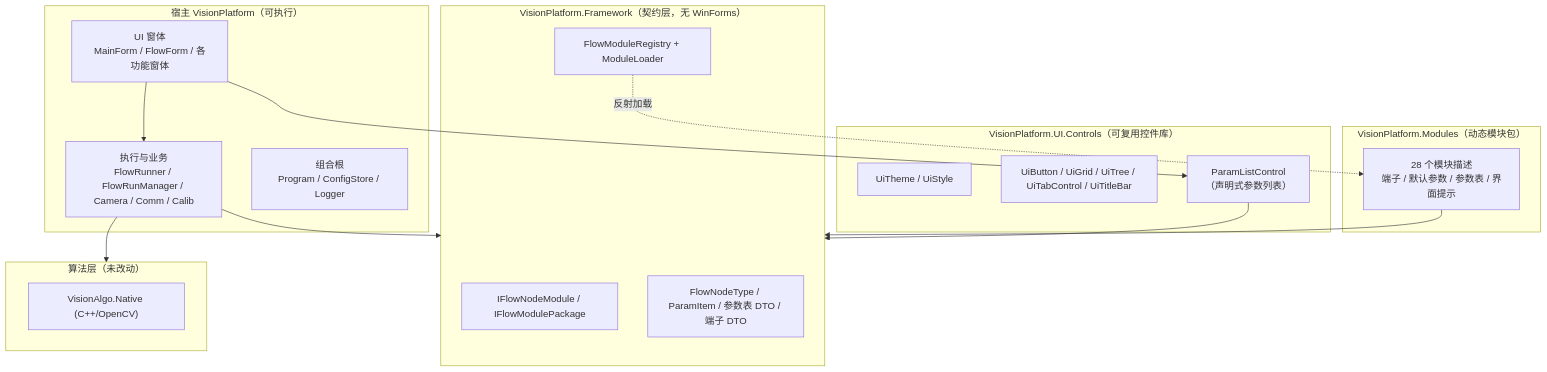
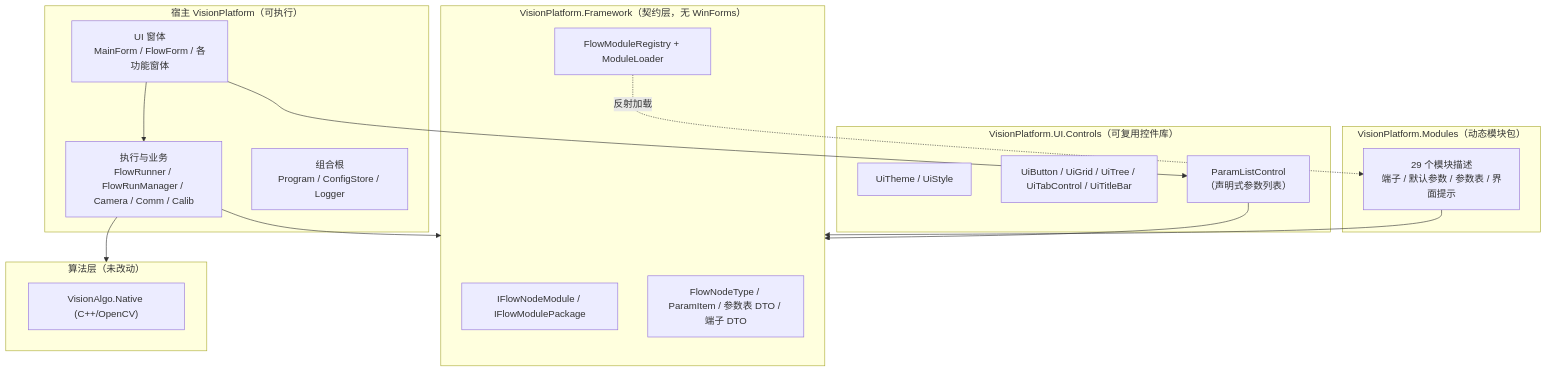
The diagram in docs/架构/VisionPlatform解耦重构.md (Little-Han-Han/VisionSystem), drawn with Mermaid before and after one commit. The commit also changed other lines of this file and 655 other files, not shown here.

````diff
--- a/docs/架构/VisionPlatform解耦重构.md
+++ b/docs/架构/VisionPlatform解耦重构.md
@@ -91,36 +91,36 @@
 ```mermaid
 flowchart TB
     subgraph APP["宿主 VisionPlatform（可执行）"]
         UI["UI 窗体<br/>MainForm / FlowForm / 各功能窗体"]
         ENGINE["执行与业务<br/>FlowRunner / FlowRunManager / Camera / Comm / Calib"]
         HOST["组合根<br/>Program / ConfigStore / Logger"]
     end
 
     subgraph CTRL["VisionPlatform.UI.Controls（可复用控件库）"]
         THEME["UiTheme / UiStyle"]
         PRIM["UiButton / UiGrid / UiTree / UiTabControl / UiTitleBar"]
         PARAM["ParamListControl<br/>（声明式参数列表）"]
     end
 
     subgraph MOD["VisionPlatform.Modules（动态模块包）"]
-        DESC["28 个模块描述<br/>端子 / 默认参数 / 参数表 / 界面提示"]
+        DESC["29 个模块描述<br/>端子 / 默认参数 / 参数表 / 界面提示"]
     end
 
     subgraph FW["VisionPlatform.Framework（契约层，无 WinForms）"]
         CONTRACT["IFlowNodeModule / IFlowModulePackage"]
         REG["FlowModuleRegistry + ModuleLoader"]
         DTO["FlowNodeType / ParamItem / 参数表 DTO / 端子 DTO"]
     end
 
     subgraph NATIVE["算法层（未改动）"]
         CPP["VisionAlgo.Native (C++/OpenCV)"]
     end
 
     UI --> PARAM
     UI --> ENGINE
     ENGINE --> FW
     PARAM --> FW
     DESC --> FW
     REG -. 反射加载 .-> DESC
     ENGINE --> NATIVE
 ```
````
